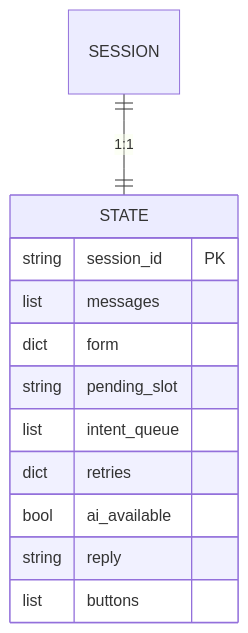
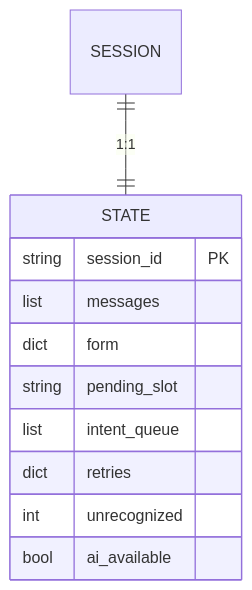
The second of 9 diagrams in architecture.md (pkbros/cutomerBot2), drawn with Mermaid before and after one commit. The commit also changed other lines of this file and 6 other files, not shown here.

````diff
--- a/architecture.md
+++ b/architecture.md
@@ -69,15 +69,14 @@
 ```mermaid
 erDiagram
     SESSION ||--|| STATE : "1:1"
     STATE {
         string session_id PK
         list  messages
         dict  form
         string pending_slot
         list  intent_queue
         dict  retries
+        int   unrecognized
         bool  ai_available
-        string reply
-        list  buttons
     }
 ```
````
